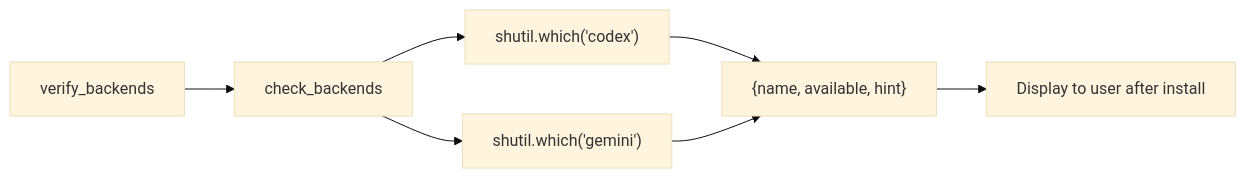
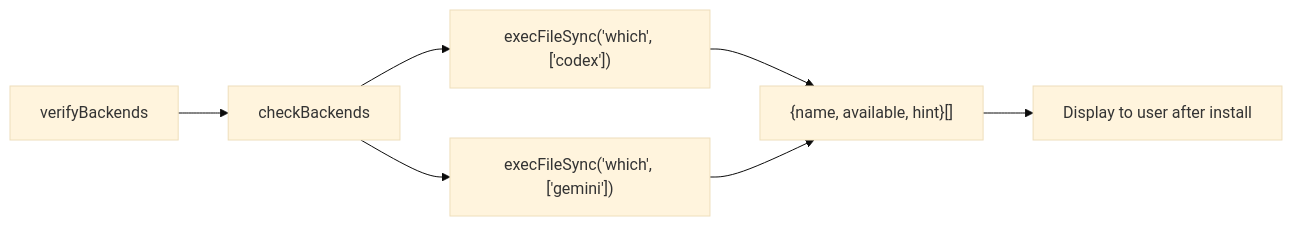
One commit to freibergergarcia/phone-a-friend changed the fourth of 4 diagrams in architecture/04-installer-plugin.md. Above: the diagram before and after it, drawn with Mermaid (base theme). The commit also changed other lines of this file and 81 other files, not shown here.

````diff
--- a/architecture/04-installer-plugin.md
+++ b/architecture/04-installer-plugin.md
@@ -117,9 +127,9 @@
 ```mermaid
 flowchart LR
-  A[verify_backends] --> B[check_backends]
-  B --> C["shutil.which('codex')"]
-  B --> D["shutil.which('gemini')"]
-  C --> E["{name, available, hint}"]
+  A[verifyBackends] --> B[checkBackends]
+  B --> C["execFileSync('which', ['codex'])"]
+  B --> D["execFileSync('which', ['gemini'])"]
+  C --> E["{name, available, hint}[]"]
   D --> E
   E --> F[Display to user after install]
 ```
````
